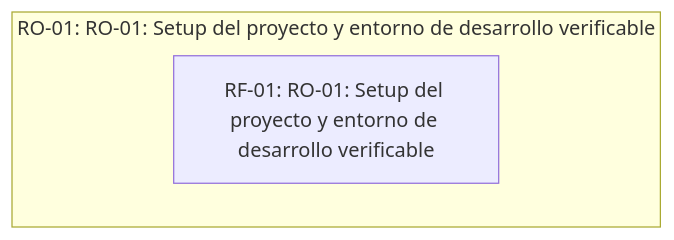
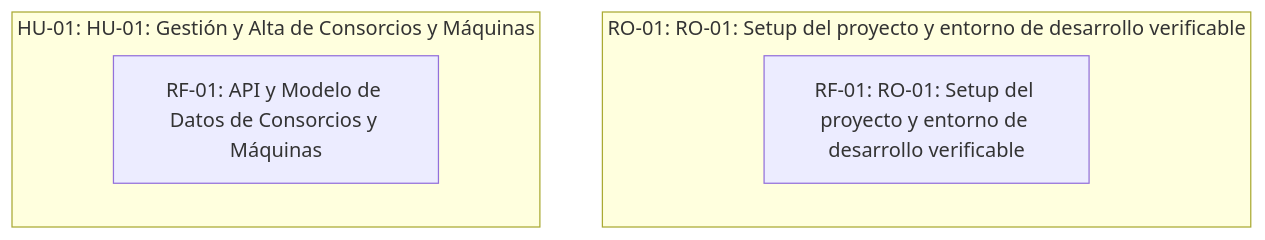
One commit to fiemcasals/pm_asc changed the diagram in scrumDocs/grafo.md. Above: the diagram before and after it, drawn with Mermaid. The commit also changed other lines of this file, not shown here.

Commit message:
Auto-publish: actualiza scrumDocs/grafo.md

````diff
--- a/scrumDocs/grafo.md
+++ b/scrumDocs/grafo.md
@@ -5,6 +5,9 @@
 ```mermaid
 graph TD
   subgraph US_1791560828588["RO-01: RO-01: Setup del proyecto y entorno de desarrollo verificable"]
     REQ_1791560828605["RF-01: RO-01: Setup del proyecto y entorno de desarrollo verificable"]
   end
+  subgraph US_1791560828711["HU-01: HU-01: Gestión y Alta de Consorcios y Máquinas"]
+    REQ_1791909582859["RF-01: API y Modelo de Datos de Consorcios y Máquinas"]
+  end
 ```
````
